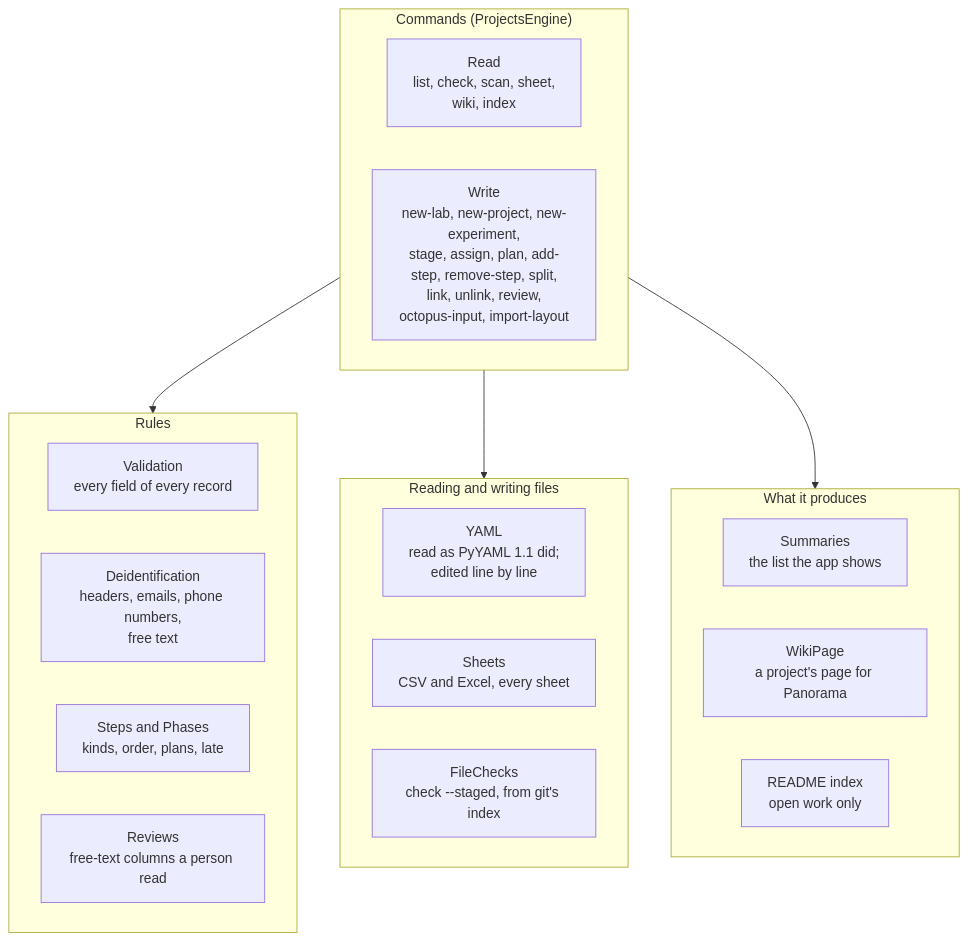
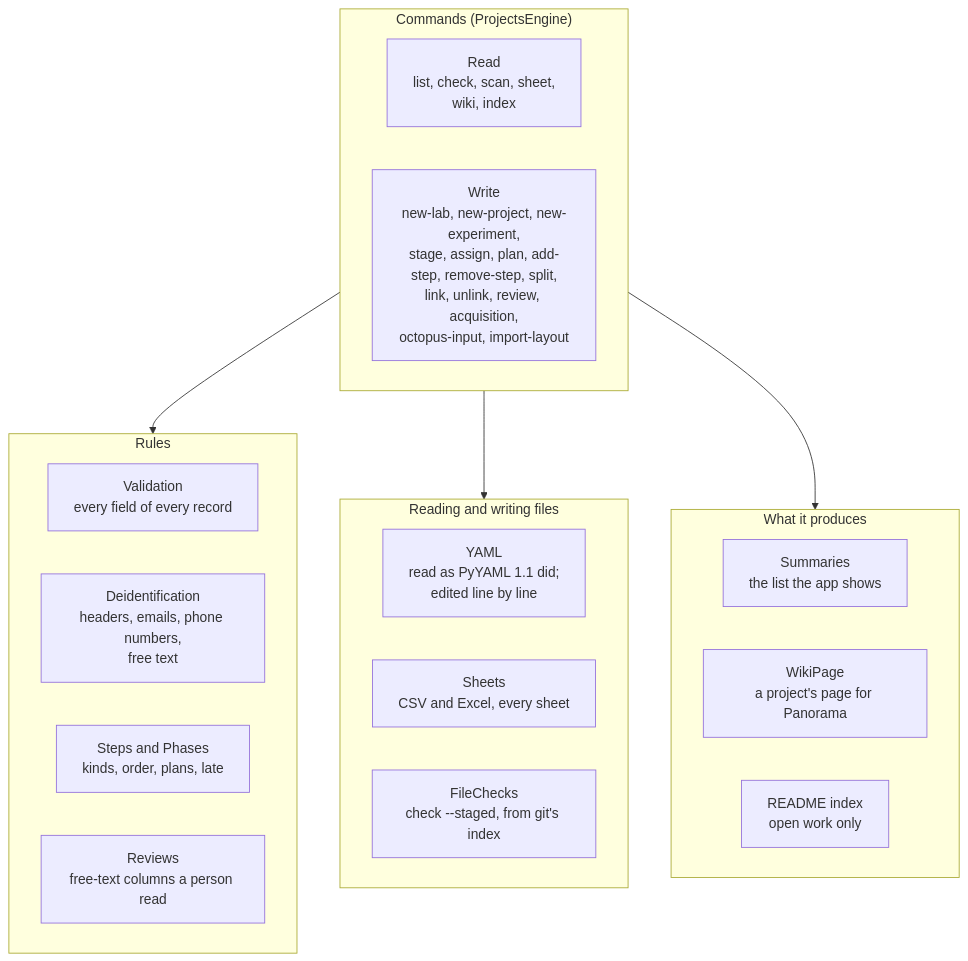
One commit to uw-maccosslab/LabOps changed the fifth of 11 diagrams in docs/engines.md. Above: the diagram before and after it, drawn with Mermaid. The commit also changed other lines of this file and 24 other files, not shown here.

First line of the commit message:
Read raw files: an experiment's acquisition from its raw files on Panorama

````diff
--- a/docs/engines.md
+++ b/docs/engines.md
@@ -172,30 +183,30 @@
 ```mermaid
 flowchart TB
     subgraph commands["Commands (ProjectsEngine)"]
         read["Read<br/>list, check, scan, sheet,<br/>wiki, index"]
-        write["Write<br/>new-lab, new-project, new-experiment,<br/>stage, assign, plan, add-step, remove-step, split,<br/>link, unlink, review,<br/>octopus-input, import-layout"]
+        write["Write<br/>new-lab, new-project, new-experiment,<br/>stage, assign, plan, add-step, remove-step, split,<br/>link, unlink, review, acquisition,<br/>octopus-input, import-layout"]
     end
 
     subgraph rules["Rules"]
         validation["Validation<br/>every field of every record"]
         deid["Deidentification<br/>headers, emails, phone numbers,<br/>free text"]
         steps["Steps and Phases<br/>kinds, order, plans, late"]
         reviews["Reviews<br/>free-text columns a person read"]
     end
 
     subgraph files["Reading and writing files"]
         yaml["YAML<br/>read as PyYAML 1.1 did;<br/>edited line by line"]
         sheets["Sheets<br/>CSV and Excel, every sheet"]
         git["FileChecks<br/>check --staged, from git's index"]
     end
 
     subgraph outputs["What it produces"]
         summaries["Summaries<br/>the list the app shows"]
         wikipage["WikiPage<br/>a project's page for Panorama"]
         readme["README index<br/>open work only"]
     end
 
     commands --> rules
     commands --> files
     commands --> outputs
 ```
````
